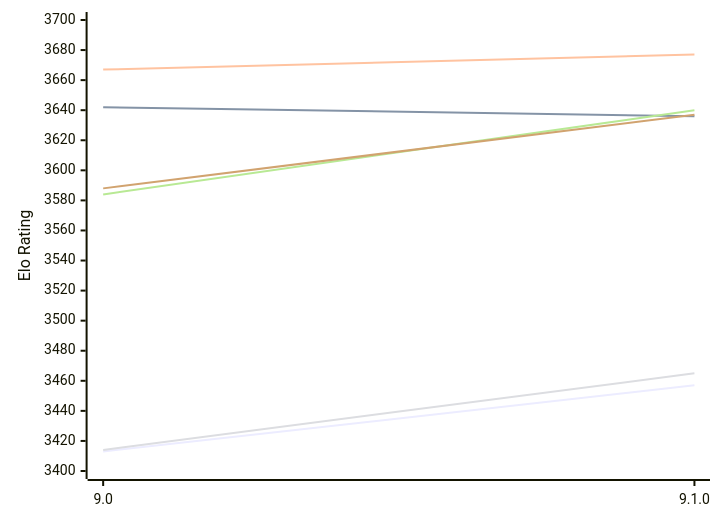
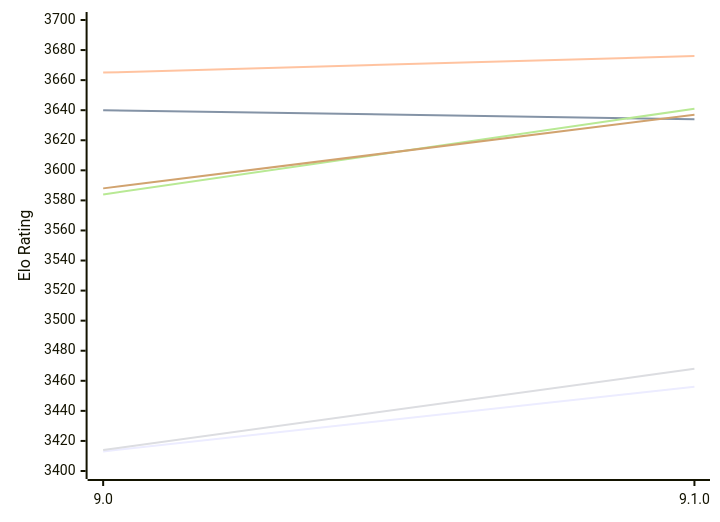
One commit to computer-chess-index/cci changed the first of 2 diagrams in engines/Alexandria.md. Above: the diagram before and after it, drawn with Mermaid. The commit also changed other lines of this file, not shown here.

Commit message:
Update CCI Ratings (ELO VLTC) - 2026-11-28

````diff
--- a/engines/Alexandria.md
+++ b/engines/Alexandria.md
@@ -54,12 +54,12 @@
 ```mermaid
 %%{init: {"theme":"base","themeVariables":{"seriesColors:['#a3a3a3','#222221','#faa371']}}}%%
 xychart-beta
   x-axis ["9.0", "9.1.0"]
   y-axis "Elo Rating" 3400 --> 3700
-  line "E1: STC (8.0+0.08s)" [3413, 3457]
-  line "E1: LTC (60.0+0.60s)" [3642, 3636]
-  line "E1: VLTC (2m24s+1.12s)" [3667, 3677]
-  line "P1: STC (8.0+0.08s)" [3414, 3465]
-  line "P1: LTC (60.0+0.60s)" [3584, 3640]
+  line "E1: STC (8.0+0.08s)" [3413, 3456]
+  line "E1: LTC (60.0+0.60s)" [3640, 3634]
+  line "E1: VLTC (2m24s+1.12s)" [3665, 3676]
+  line "P1: STC (8.0+0.08s)" [3414, 3468]
+  line "P1: LTC (60.0+0.60s)" [3584, 3641]
   line "P1: VLTC (2m24s+1.12s)" [3588, 3637]
 ```
````
